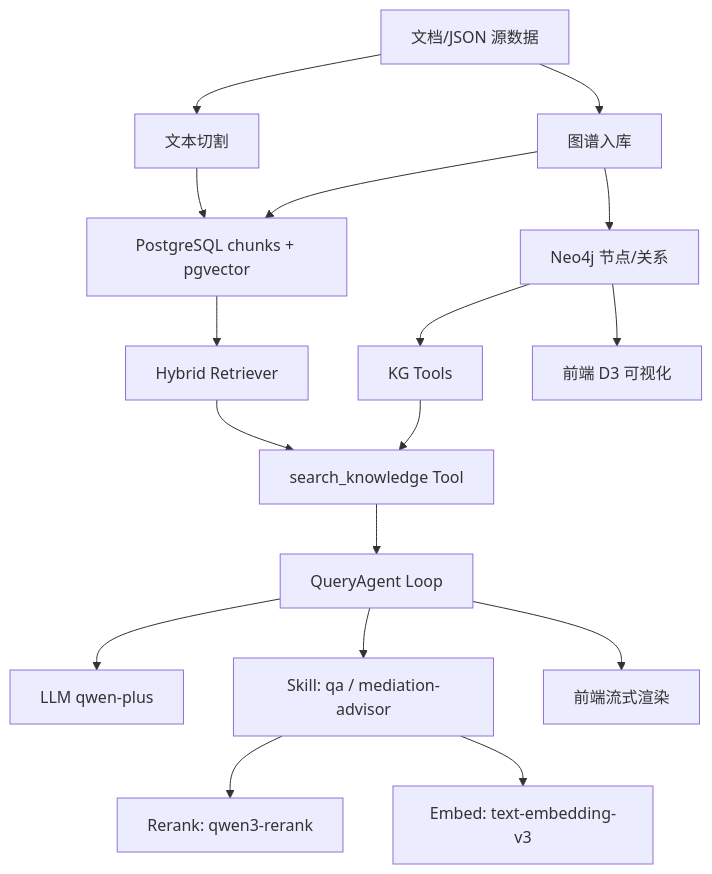
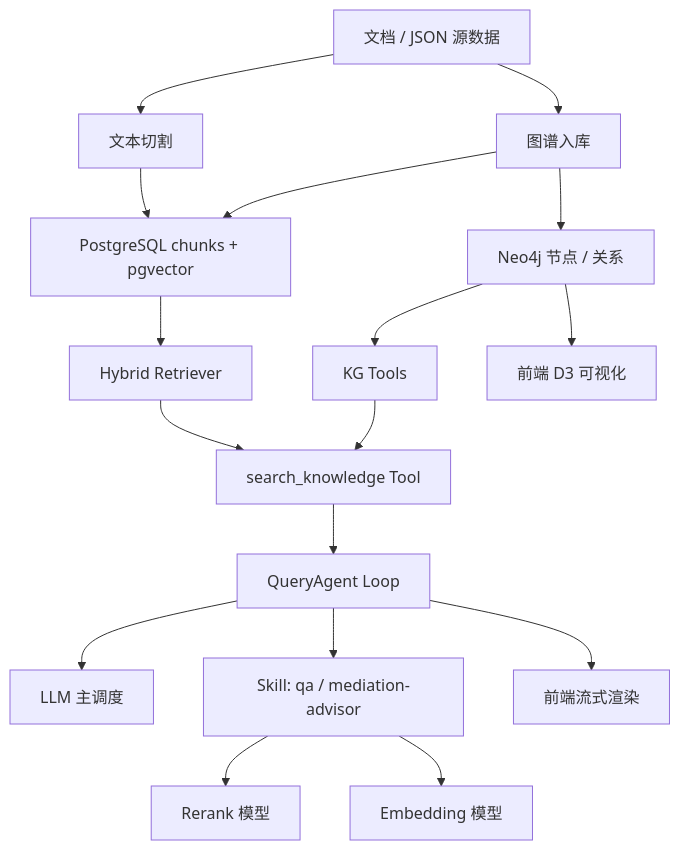
The tenth of 10 diagrams in docs/流程图设计说明.md (MJ666-K/KB-Core), drawn with Mermaid before and after one commit. The commit also changed other lines of this file, not shown here.

````diff
--- a/docs/流程图设计说明.md
+++ b/docs/流程图设计说明.md
@@ -573,24 +468,24 @@
 ```mermaid
 flowchart TD
-    A[文档/JSON 源数据] --> B[文本切割]
-    A --> C[图谱入库]
+    A["文档 / JSON 源数据"] --> B["文本切割"]
+    A --> C["图谱入库"]
 
-    B --> B1[PostgreSQL chunks + pgvector]
-    C --> C1[Neo4j 节点/关系]
+    B --> B1["PostgreSQL chunks + pgvector"]
+    C --> C1["Neo4j 节点 / 关系"]
     C --> B1
 
-    B1 --> D[Hybrid Retriever]
-    C1 --> E[KG Tools]
+    B1 --> D["Hybrid Retriever"]
+    C1 --> E["KG Tools"]
 
-    D --> F[search_knowledge Tool]
+    D --> F["search_knowledge Tool"]
     E --> F
 
-    F --> G[QueryAgent Loop]
-    G --> G1[LLM qwen-plus]
-    G --> G2[Skill: qa / mediation-advisor]
-    G2 --> G3[Rerank: qwen3-rerank]
-    G2 --> G4[Embed: text-embedding-v3]
+    F --> G["QueryAgent Loop"]
+    G --> G1["LLM 主调度"]
+    G --> G2["Skill: qa / mediation-advisor"]
+    G2 --> G3["Rerank 模型"]
+    G2 --> G4["Embedding 模型"]
 
-    G --> H[前端流式渲染]
-    C1 --> I[前端 D3 可视化]
+    G --> H["前端流式渲染"]
+    C1 --> I["前端 D3 可视化"]
 ```
````
